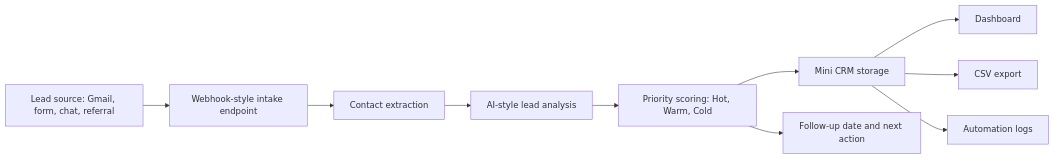
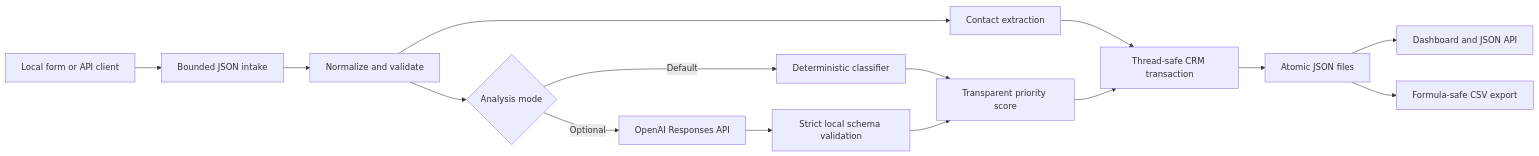
One commit to bazhinapolly/ai-crm-lead-automation changed the diagram in docs/workflow-diagram.md. Above: the diagram before and after it, drawn with Mermaid. The commit also changed other lines of this file and 32 other files, not shown here.

Commit message:
Rebuild CRM automation for safe optional AI processing

````diff
--- a/docs/workflow-diagram.md
+++ b/docs/workflow-diagram.md
@@ -3,12 +3,17 @@
 ```mermaid
 flowchart LR
-  A["Lead source: Gmail, form, chat, referral"] --> B["Webhook-style intake endpoint"]
-  B --> C["Contact extraction"]
-  C --> D["AI-style lead analysis"]
-  D --> E["Priority scoring: Hot, Warm, Cold"]
-  E --> F["Mini CRM storage"]
-  F --> G["Dashboard"]
-  F --> H["CSV export"]
-  F --> I["Automation logs"]
-  E --> J["Follow-up date and next action"]
+  A["Local form or API client"] --> B["Bounded JSON intake"]
+  B --> C["Normalize and validate"]
+  C --> D["Contact extraction"]
+  C --> E{"Analysis mode"}
+  E -->|"Default"| F["Deterministic classifier"]
+  E -->|"Optional"| G["OpenAI Responses API"]
+  G --> H["Strict local schema validation"]
+  F --> I["Transparent priority score"]
+  H --> I
+  D --> J["Thread-safe CRM transaction"]
+  I --> J
+  J --> K["Atomic JSON files"]
+  K --> L["Dashboard and JSON API"]
+  K --> M["Formula-safe CSV export"]
 ```
````
